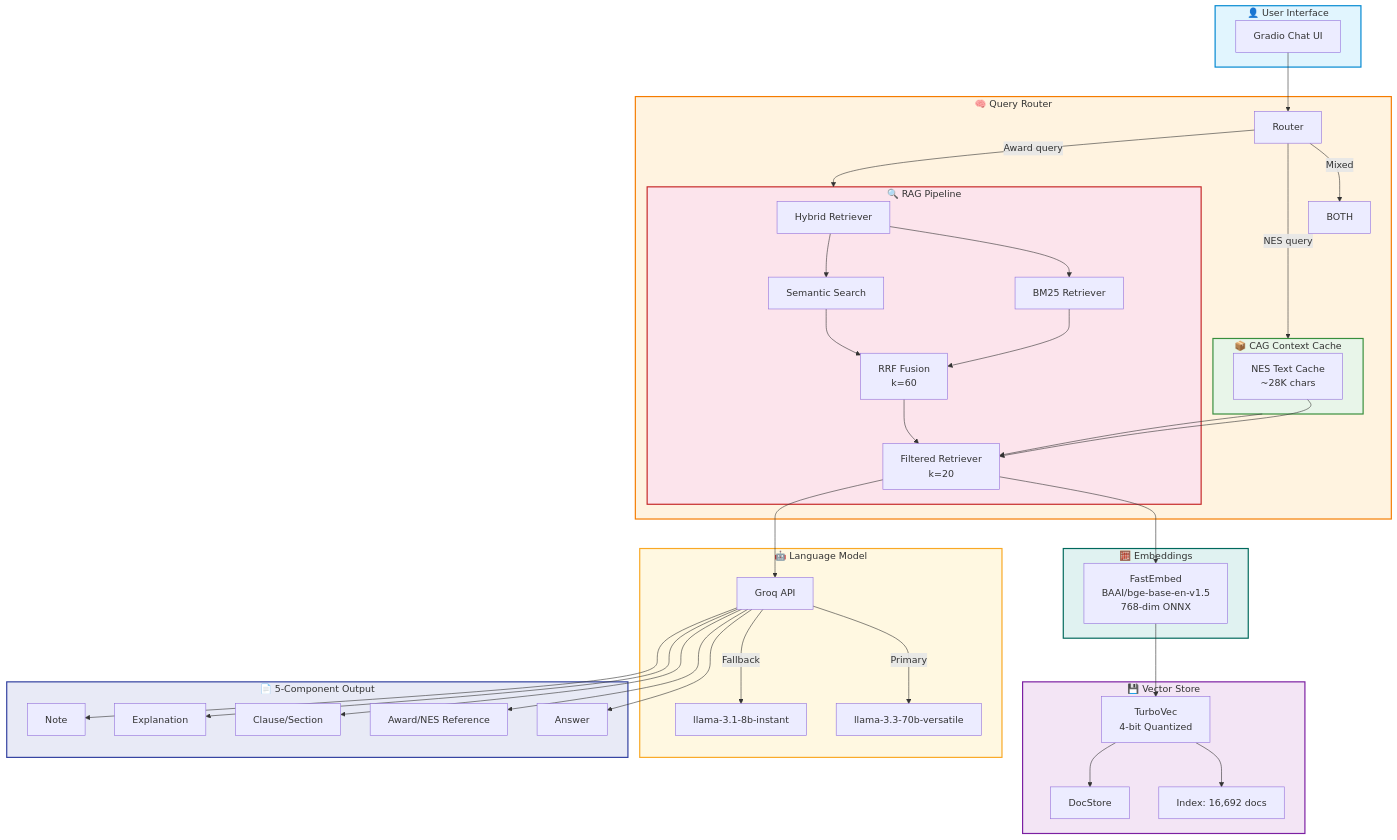
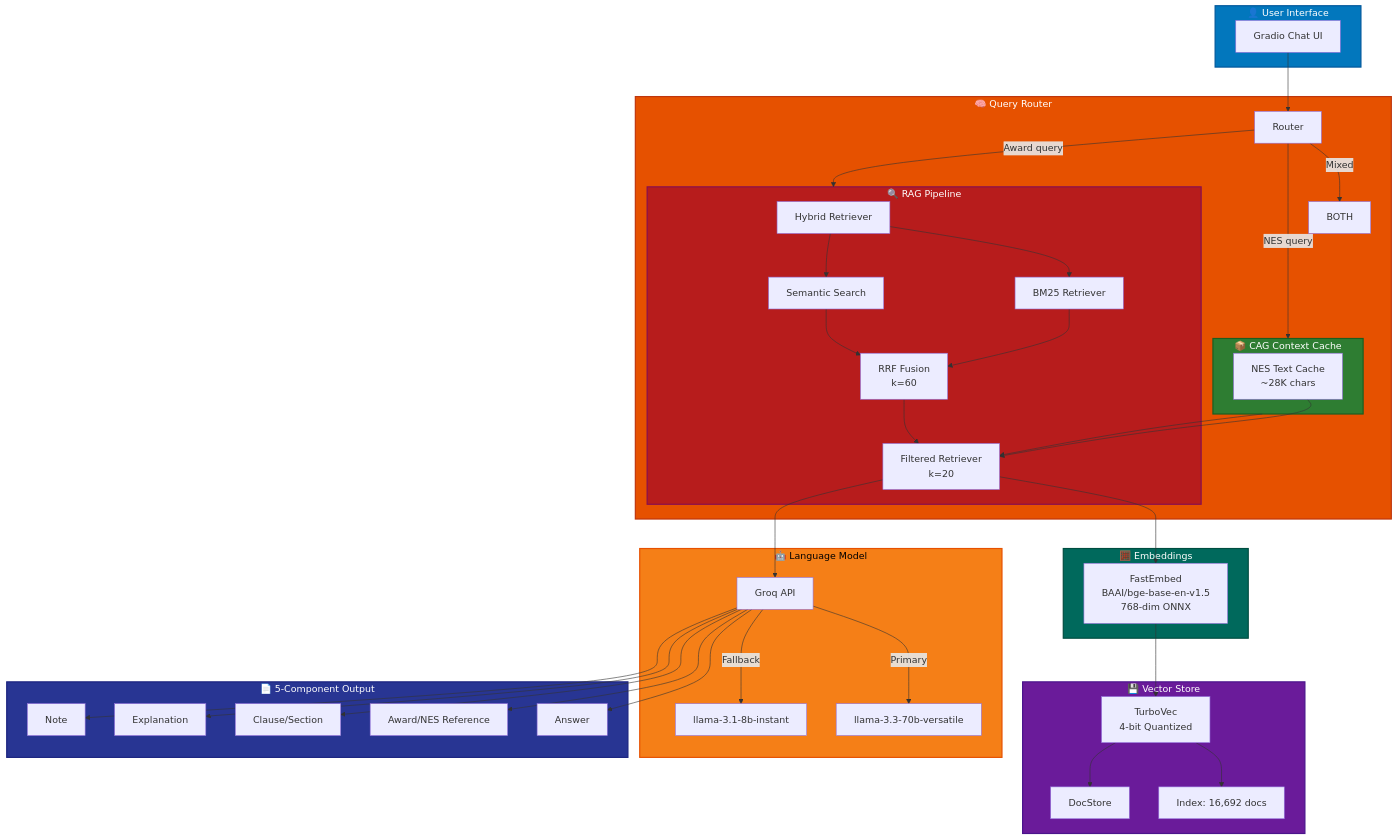
One commit to Ayyankhan101/Fair-Work-Rag-Assistant changed the first of 3 diagrams in README.md. Above: the diagram before and after it, drawn with Mermaid. The commit also changed other lines of this file, not shown here.

Commit message:
Fix Mermaid graph colors for better readability

````diff
--- a/README.md
+++ b/README.md
@@ -13,72 +13,72 @@
 ```mermaid
 graph TB
     subgraph User["👤 User Interface"]
         UI[Gradio Chat UI]
     end
 
     subgraph Router["🧠 Query Router"]
         R[Router]
         R -->|NES query| CAG
         R -->|Award query| RAG
         R -->|Mixed| BOTH
     end
 
     subgraph CAG["📦 CAG Context Cache"]
         NES[NES Text Cache<br/>~28K chars]
     end
 
     subgraph RAG["🔍 RAG Pipeline"]
         HYB[Hybrid Retriever]
         HYB --> BM25[BM25 Retriever]
         HYB --> SEM[Semantic Search]
         BM25 --> RRF[RRF Fusion<br/>k=60]
         SEM --> RRF
         RRF --> FIL[Filtered Retriever<br/>k=20]
     end
 
     subgraph VectorDB["💾 Vector Store"]
         TV[TurboVec<br/>4-bit Quantized]
         TV --> IDX[Index: 16,692 docs]
         TV --> DS[DocStore]
     end
 
     subgraph Embed["🧮 Embeddings"]
         FE[FastEmbed<br/>BAAI/bge-base-en-v1.5<br/>768-dim ONNX]
     end
 
     subgraph LLM["🤖 Language Model"]
         GROQ[Groq API]
         GROQ -->|Primary| 70B[llama-3.3-70b-versatile]
         GROQ -->|Fallback| 8B[llama-3.1-8b-instant]
     end
 
     subgraph Output["📄 5-Component Output"]
         O1[Answer]
         O2[Award/NES Reference]
         O3[Clause/Section]
         O4[Explanation]
         O5[Note]
     end
 
     UI --> R
     CAG --> FIL
     RAG --> FIL
     FIL --> FE
     FE --> TV
     FIL --> GROQ
     NES --> FIL
     GROQ --> O1
     GROQ --> O2
     GROQ --> O3
     GROQ --> O4
     GROQ --> O5
 
-    style User fill:#e1f5fe,stroke:#0288d1,stroke-width:2px
-    style Router fill:#fff3e0,stroke:#f57c00,stroke-width:2px
-    style CAG fill:#e8f5e9,stroke:#388e3c,stroke-width:2px
-    style RAG fill:#fce4ec,stroke:#c62828,stroke-width:2px
-    style VectorDB fill:#f3e5f5,stroke:#7b1fa2,stroke-width:2px
-    style Embed fill:#e0f2f1,stroke:#00695c,stroke-width:2px
-    style LLM fill:#fff8e1,stroke:#f9a825,stroke-width:2px
-    style Output fill:#e8eaf6,stroke:#303f9f,stroke-width:2px
+    style User fill:#0277bd,stroke:#01579b,stroke-width:2px,color:#fff
+    style Router fill:#e65100,stroke:#bf360c,stroke-width:2px,color:#fff
+    style CAG fill:#2e7d32,stroke:#1b5e20,stroke-width:2px,color:#fff
+    style RAG fill:#b71c1c,stroke:#880e4f,stroke-width:2px,color:#fff
+    style VectorDB fill:#6a1b9a,stroke:#4a148c,stroke-width:2px,color:#fff
+    style Embed fill:#00695c,stroke:#004d40,stroke-width:2px,color:#fff
+    style LLM fill:#f57f17,stroke:#e65100,stroke-width:2px,color:#000
+    style Output fill:#283593,stroke:#1a237e,stroke-width:2px,color:#fff
 ```
````
